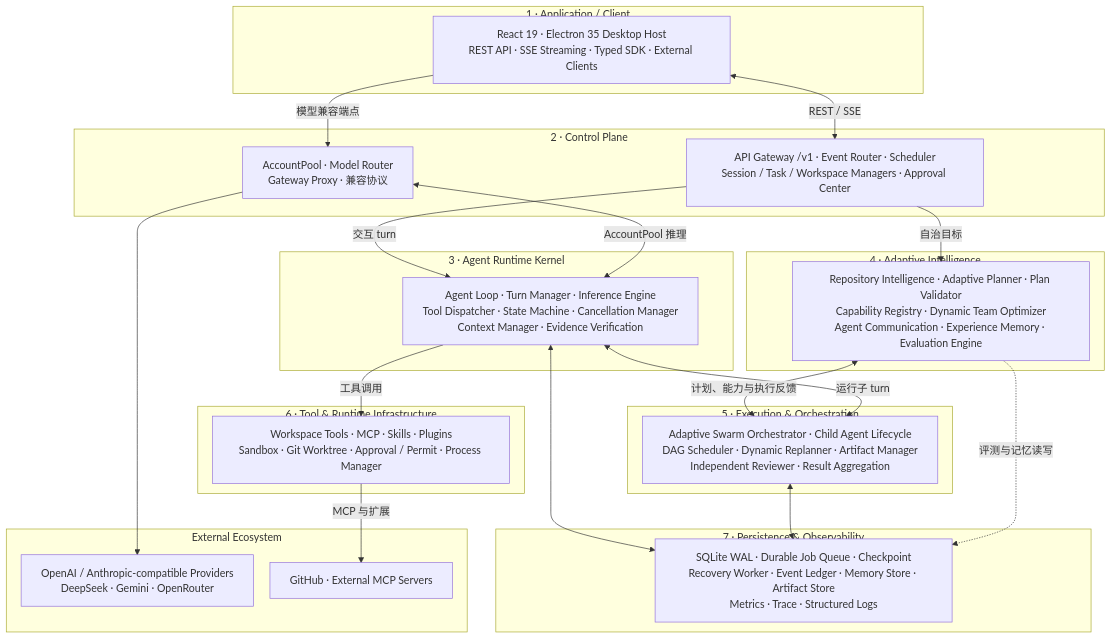
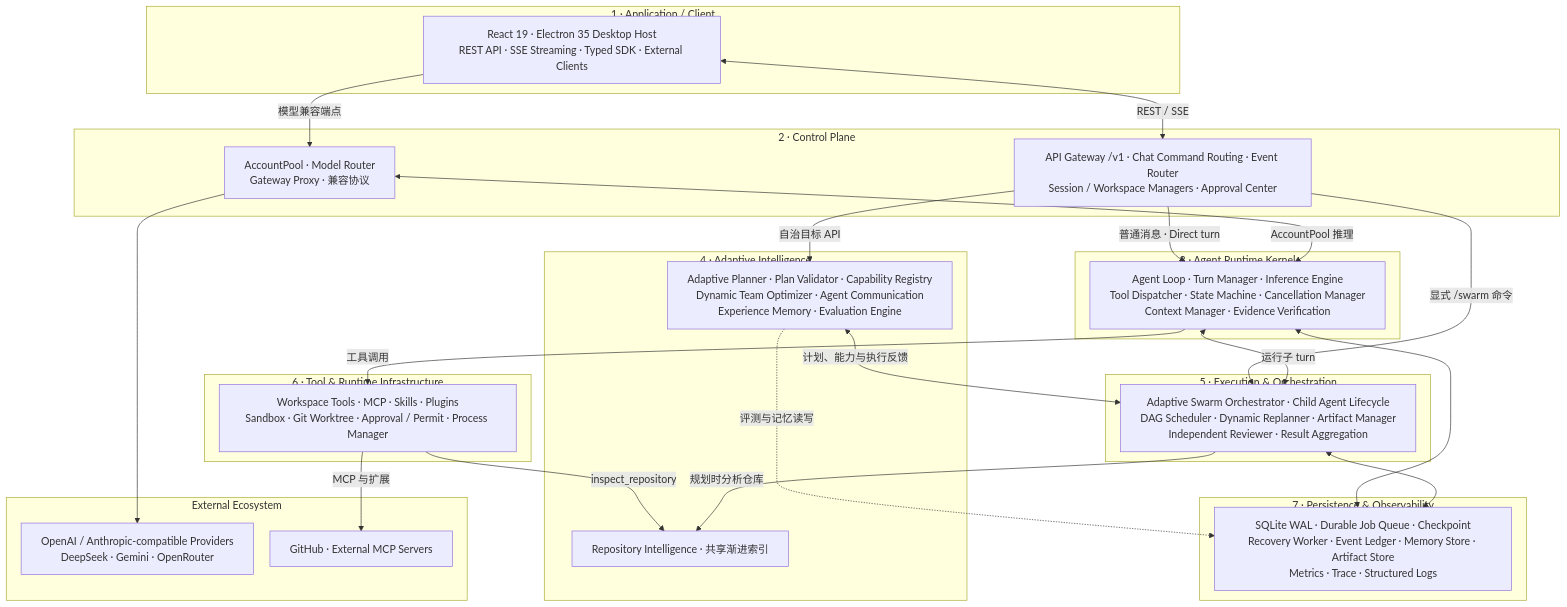
One commit to Eternite-0/Agent_US changed the first of 2 diagrams in README.md. Above: the diagram before and after it, drawn with Mermaid. The commit also changed other lines of this file and 4 other files, not shown here.

````diff
--- a/README.md
+++ b/README.md
@@ -45,50 +60,54 @@
 ```mermaid
 ---
 config:
   flowchart:
     wrappingWidth: 390
     nodeSpacing: 25
     rankSpacing: 30
 ---
 flowchart TB
     subgraph L1["1 · Application / Client"]
         CLIENT["React 19 · Electron 35 Desktop Host<br/>REST API · SSE Streaming · Typed SDK · External Clients"]
     end
     subgraph L2["2 · Control Plane"]
-        API["API Gateway /v1 · Event Router · Scheduler<br/>Session / Task / Workspace Managers · Approval Center"]
+        API["API Gateway /v1 · Chat Command Routing · Event Router<br/>Session / Workspace Managers · Approval Center"]
         MODEL["AccountPool · Model Router<br/>Gateway Proxy · 兼容协议"]
     end
     subgraph L3["3 · Agent Runtime Kernel"]
         KERNEL["Agent Loop · Turn Manager · Inference Engine<br/>Tool Dispatcher · State Machine · Cancellation Manager<br/>Context Manager · Evidence Verification"]
     end
     subgraph L4["4 · Adaptive Intelligence"]
-        INTEL["Repository Intelligence · Adaptive Planner · Plan Validator<br/>Capability Registry · Dynamic Team Optimizer<br/>Agent Communication · Experience Memory · Evaluation Engine"]
+        INTEL["Adaptive Planner · Plan Validator · Capability Registry<br/>Dynamic Team Optimizer · Agent Communication<br/>Experience Memory · Evaluation Engine"]
+        INDEX["Repository Intelligence · 共享渐进索引"]
     end
     subgraph L5["5 · Execution & Orchestration"]
         SWARM["Adaptive Swarm Orchestrator · Child Agent Lifecycle<br/>DAG Scheduler · Dynamic Replanner · Artifact Manager<br/>Independent Reviewer · Result Aggregation"]
     end
     subgraph L6["6 · Tool & Runtime Infrastructure"]
         TOOLING["Workspace Tools · MCP · Skills · Plugins<br/>Sandbox · Git Worktree · Approval / Permit · Process Manager"]
     end
     subgraph L7["7 · Persistence & Observability"]
         DURABLE["SQLite WAL · Durable Job Queue · Checkpoint<br/>Recovery Worker · Event Ledger · Memory Store · Artifact Store<br/>Metrics · Trace · Structured Logs"]
     end
     subgraph EXT["External Ecosystem"]
         PROVIDERS["OpenAI / Anthropic-compatible Providers<br/>DeepSeek · Gemini · OpenRouter"]
         INTEGRATIONS["GitHub · External MCP Servers"]
     end
 
     CLIENT <-->|REST / SSE| API
     CLIENT -->|模型兼容端点| MODEL
-    API -->|交互 turn| KERNEL
-    API -->|自治目标| INTEL
+    API -->|普通消息 · Direct turn| KERNEL
+    API -->|显式 /swarm 命令| SWARM
+    API -->|自治目标 API| INTEL
     MODEL <-->|AccountPool 推理| KERNEL
     MODEL --> PROVIDERS
     INTEL <-->|计划、能力与执行反馈| SWARM
     KERNEL <-->|运行子 turn| SWARM
     KERNEL -->|工具调用| TOOLING
+    TOOLING -->|inspect_repository| INDEX
+    SWARM -->|规划时分析仓库| INDEX
     TOOLING -->|MCP 与扩展| INTEGRATIONS
     KERNEL <--> DURABLE
     SWARM <--> DURABLE
     INTEL -.评测与记忆读写.-> DURABLE
 ```
````
